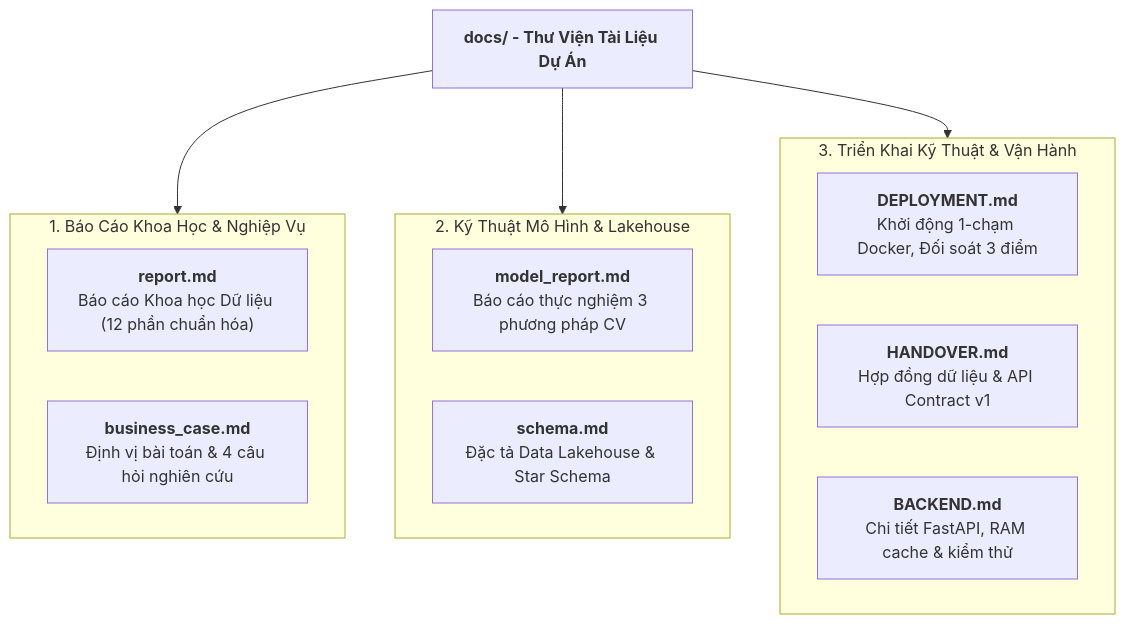
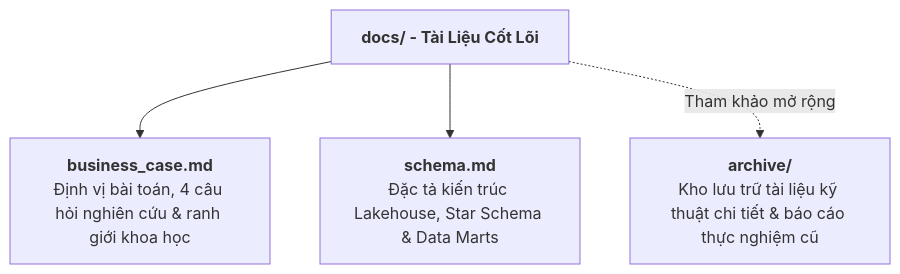
The diagram in docs/README.md (NguyenThinh06/hanoi_pm25), drawn with Mermaid before and after one commit. The commit also changed other lines of this file and 11 other files, not shown here.

Commit message:
docs: streamline docs directory keeping business case and schema, move technical specs to archive

````diff
--- a/docs/README.md
+++ b/docs/README.md
@@ -9,24 +9,12 @@
 ```mermaid
 graph TD
-    Root["<b>docs/ - Thư Viện Tài Liệu Dự Án</b>"]
+    Root["<b>docs/ - Tài Liệu Cốt Lõi</b>"]
     
-    subgraph Group1["1. Báo Cáo Khoa Học & Nghiệp Vụ"]
-        R1["<b>report.md</b><br>Báo cáo Khoa học Dữ liệu (12 phần chuẩn hóa)"]
-        R2["<b>business_case.md</b><br>Định vị bài toán & 4 câu hỏi nghiên cứu"]
-    end
+    BC["<b>business_case.md</b><br>Định vị bài toán, 4 câu hỏi nghiên cứu & ranh giới khoa học"]
+    SC["<b>schema.md</b><br>Đặc tả kiến trúc Lakehouse, Star Schema & Data Marts"]
+    ARC["<b>archive/</b><br>Kho lưu trữ tài liệu kỹ thuật chi tiết & báo cáo thực nghiệm cũ"]
 
-    subgraph Group2["2. Kỹ Thuật Mô Hình & Lakehouse"]
-        M1["<b>model_report.md</b><br>Báo cáo thực nghiệm 3 phương pháp CV"]
-        M2["<b>schema.md</b><br>Đặc tả Data Lakehouse & Star Schema"]
-    end
-
-    subgraph Group3["3. Triển Khai Kỹ Thuật & Vận Hành"]
-        D1["<b>DEPLOYMENT.md</b><br>Khởi động 1-chạm Docker, Đối soát 3 điểm"]
-        D2["<b>HANDOVER.md</b><br>Hợp đồng dữ liệu & API Contract v1"]
-        D3["<b>BACKEND.md</b><br>Chi tiết FastAPI, RAM cache & kiểm thử"]
-    end
-
-    Root --> Group1
-    Root --> Group2
-    Root --> Group3
+    Root --> BC
+    Root --> SC
+    Root -.->|Tham khảo mở rộng| ARC
 ```
````
